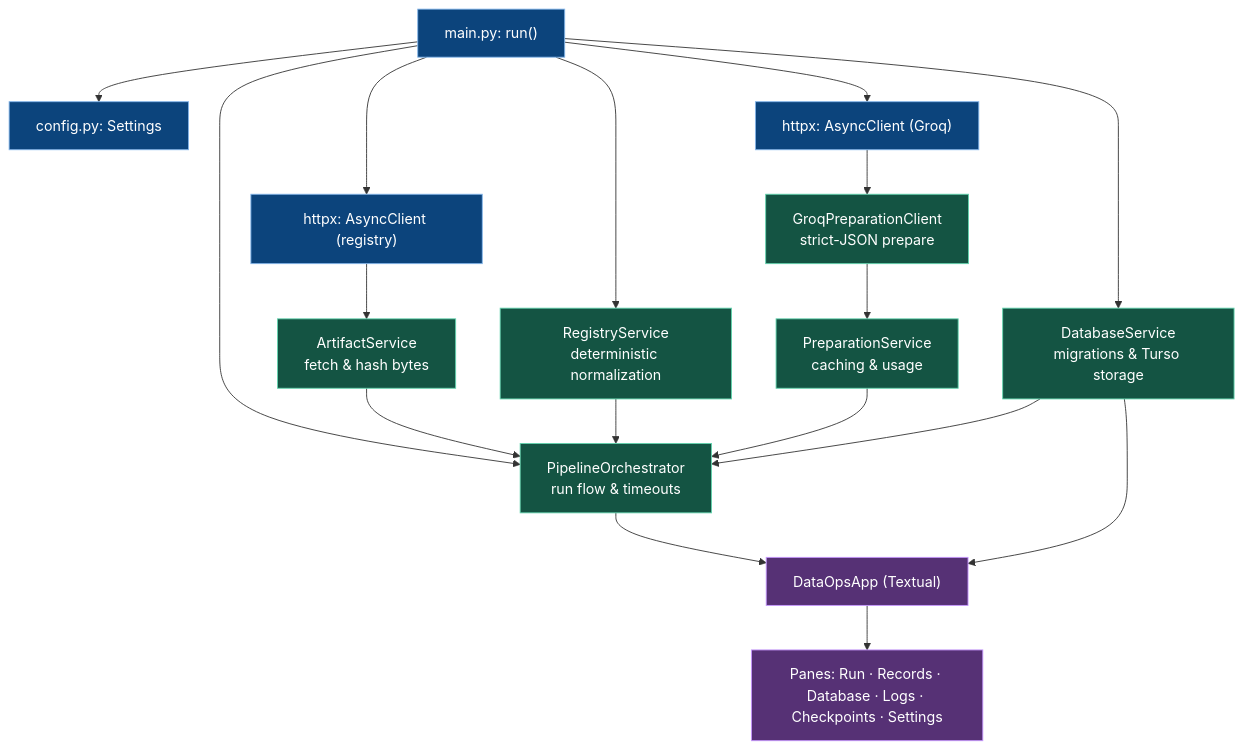
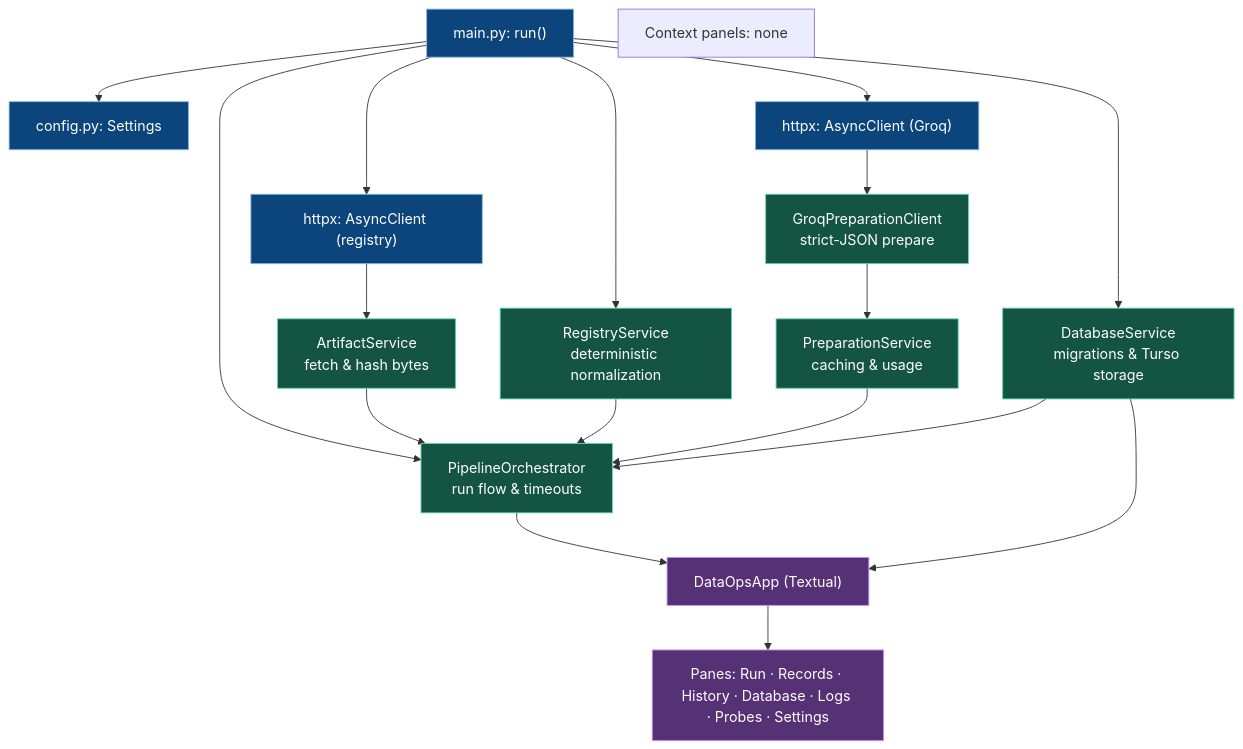
The first of 2 diagrams in docs/dataops/ARCHITECTURE.md (OussemaJaouadi/Athar), drawn with Mermaid before and after one commit. The commit also changed other lines of this file and 22 other files, not shown here.

````diff
--- a/docs/dataops/ARCHITECTURE.md
+++ b/docs/dataops/ARCHITECTURE.md
@@ -32,44 +32,48 @@
 ```mermaid
 flowchart TD
     MAIN["main.py: run()"]
     CFG["config.py: Settings"]
     HTTP["httpx: AsyncClient (registry)"]
     GROQ_HTTP["httpx: AsyncClient (Groq)"]
     
     ART["ArtifactService<br/>fetch & hash bytes"]
     REG["RegistryService<br/>deterministic normalization"]
     GROQ["GroqPreparationClient<br/>strict-JSON prepare"]
     PREP["PreparationService<br/>caching & usage"]
     DB["DatabaseService<br/>migrations & Turso storage"]
     ORCH["PipelineOrchestrator<br/>run flow & timeouts"]
     
     APP["DataOpsApp (Textual)"]
-    PANES["Panes: Run · Records · Database · Logs · Checkpoints · Settings"]
+     PANES["Panes: Run · Records · History · Database · Logs · Probes · Settings"]
+     CONTEXT["Context panels: none"]
+
 
     MAIN --> CFG
     MAIN --> HTTP
     MAIN --> GROQ_HTTP
     MAIN --> DB
     
     HTTP --> ART
     GROQ_HTTP --> GROQ
     MAIN --> REG
     MAIN --> ORCH
     
     ART --> ORCH
     REG --> ORCH
     GROQ --> PREP
     PREP --> ORCH
     DB --> ORCH
     
     ORCH --> APP
     DB --> APP
-    APP --> PANES
+     APP --> PANES
+
 
     classDef core fill:#0C447C,stroke:#85B7EB,color:#FFFFFF
     classDef svc fill:#145443,stroke:#63D5AF,color:#FFFFFF
     classDef ui fill:#563175,stroke:#C798FF,color:#FFFFFF
     class MAIN,CFG,HTTP,GROQ_HTTP core
     class ART,REG,DB,ORCH,PREP,GROQ svc
-    class APP,PANES ui
+     class APP,PANES ui
+
 ```
````
